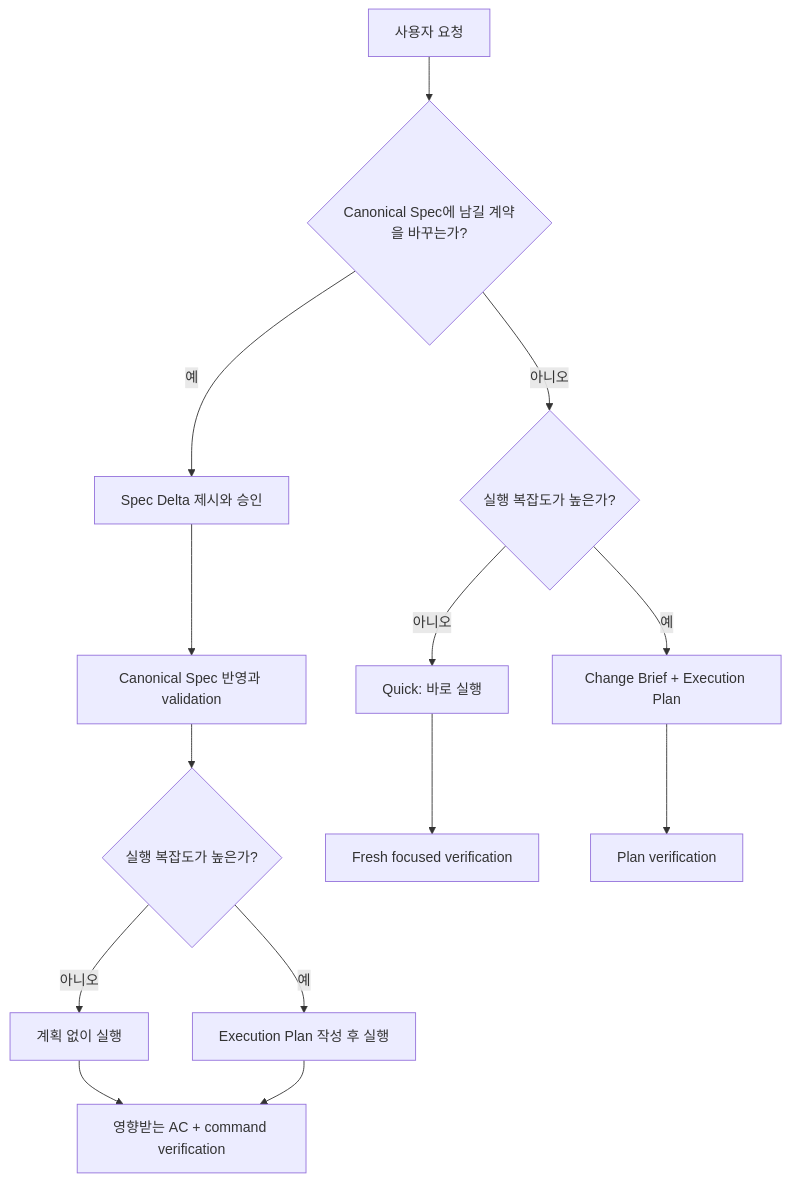
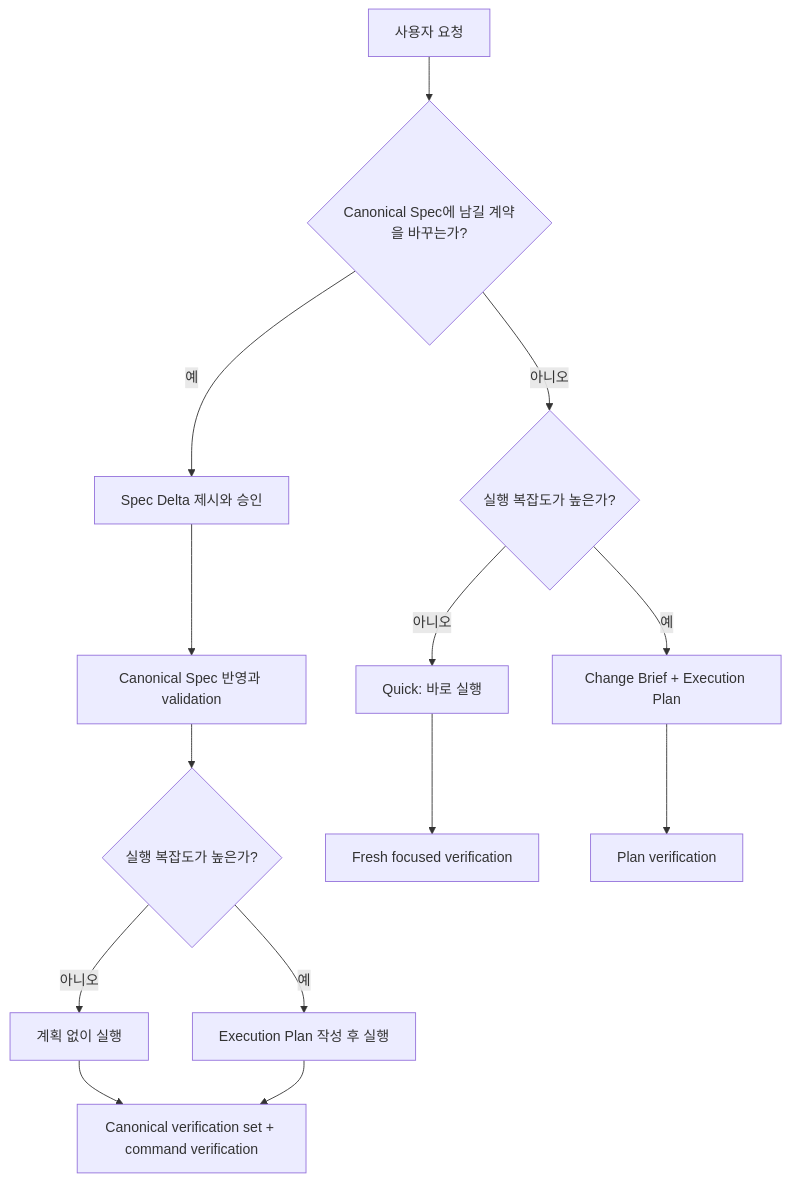
The diagram in docs/specs/canonical-spec-workflow/canonical-spec-and-work-artifact-boundaries.md (hope1026/aiagent-plugins), drawn with Mermaid before and after one commit. The commit also changed other lines of this file and 16 other files, not shown here.

````diff
--- a/docs/specs/canonical-spec-workflow/canonical-spec-and-work-artifact-boundaries.md
+++ b/docs/specs/canonical-spec-workflow/canonical-spec-and-work-artifact-boundaries.md
@@ -52,16 +52,16 @@
 ```mermaid
 flowchart TD
     A["사용자 요청"] --> B{"Canonical Spec에 남길 계약을 바꾸는가?"}
     B -->|"아니오"| C{"실행 복잡도가 높은가?"}
     B -->|"예"| D["Spec Delta 제시와 승인"]
     C -->|"아니오"| E["Quick: 바로 실행"]
     C -->|"예"| F["Change Brief + Execution Plan"]
     D --> G["Canonical Spec 반영과 validation"]
     G --> H{"실행 복잡도가 높은가?"}
     H -->|"아니오"| I["계획 없이 실행"]
     H -->|"예"| J["Execution Plan 작성 후 실행"]
     E --> K["Fresh focused verification"]
     F --> L["Plan verification"]
-    I --> M["영향받는 AC + command verification"]
+    I --> M["Canonical verification set + command verification"]
     J --> M
 ```
````
